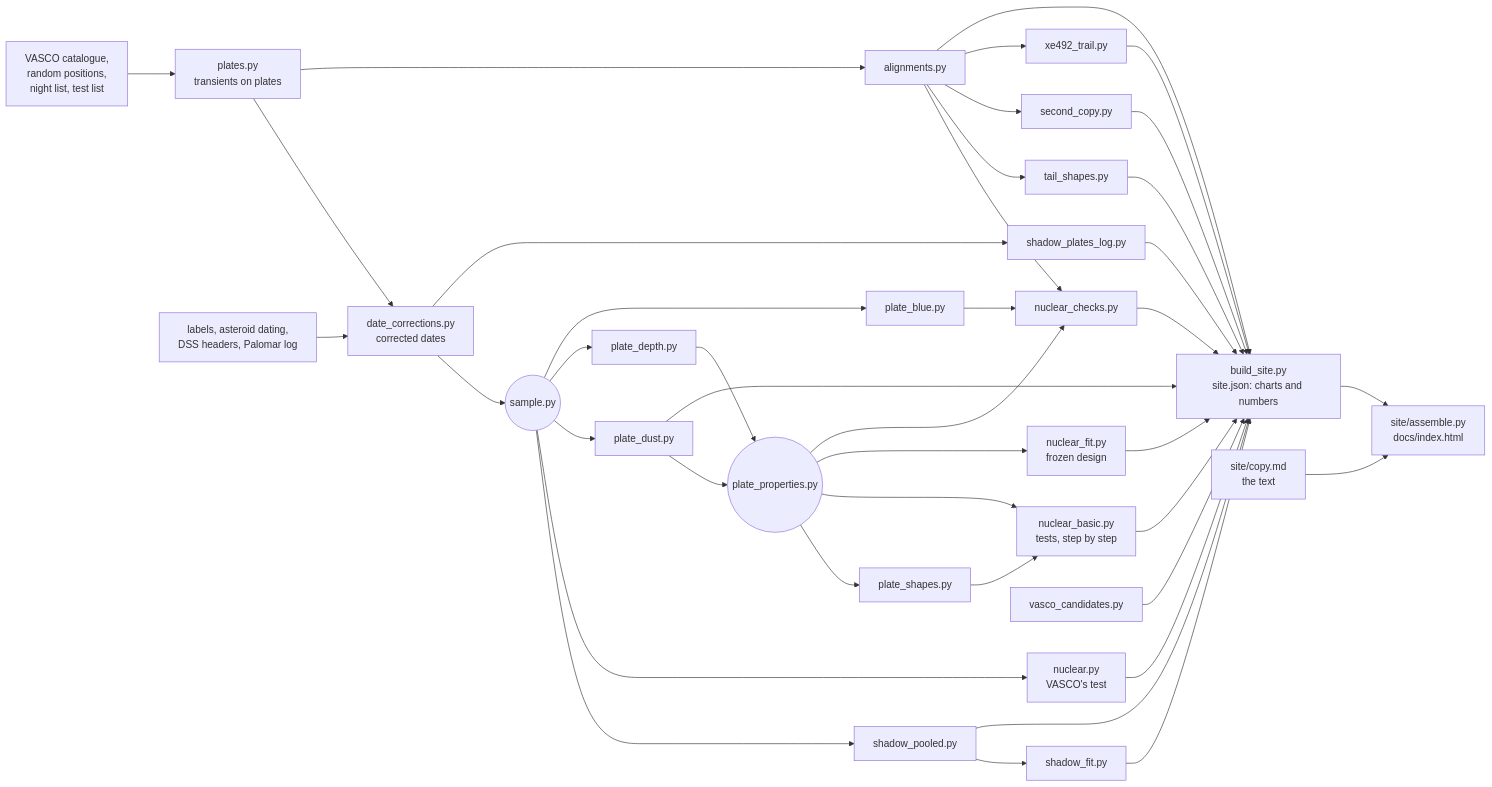
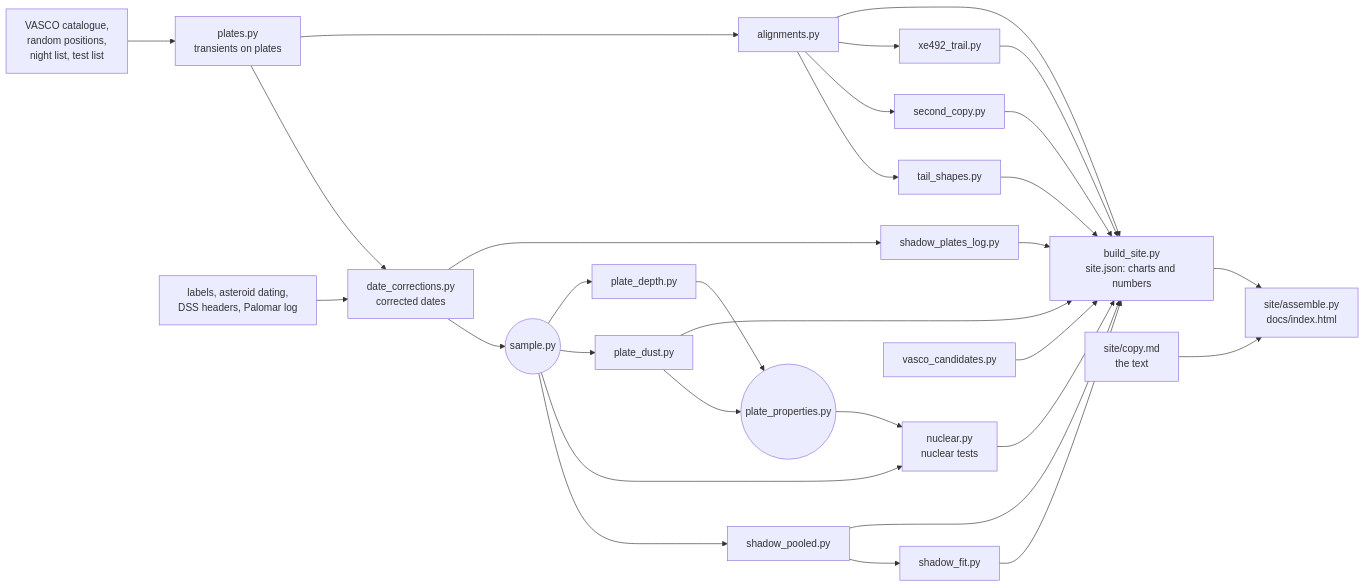
The diagram in README.md (donalhill/poss-transients), drawn with Mermaid before and after one commit. The commit also changed other lines of this file and 21 other files, not shown here.

Commit message:
Pipeline cleanup: remove the nuclear analyses no longer on the page, unused numbers, chart data and image; typed-in numbers now from the pipeline

````diff
--- a/README.md
+++ b/README.md
@@ -23,21 +23,18 @@
 ```mermaid
 flowchart LR
   ext[VASCO catalogue,<br>random positions,<br>night list, test list] --> plates[plates.py<br>transients on plates]
   plates --> dates[date_corrections.py<br>corrected dates]
   evidence[labels, asteroid dating,<br>DSS headers, Palomar log] --> dates
   dates --> sample((sample.py))
   sample --> pooled[shadow_pooled.py] --> fit[shadow_fit.py]
-  sample --> nuclear[nuclear.py<br>VASCO's test]
-  sample --> dust[plate_dust.py] & depth[plate_depth.py] & blue[plate_blue.py]
+  sample --> nuclear[nuclear.py<br>nuclear tests]
+  sample --> dust[plate_dust.py] & depth[plate_depth.py]
   dust & depth --> props((plate_properties.py))
-  props --> pshapes[plate_shapes.py]
-  props & pshapes --> nbasic[nuclear_basic.py<br>tests, step by step]
-  props --> nfit[nuclear_fit.py<br>frozen design]
-  props & blue & align --> nchecks[nuclear_checks.py]
+  props --> nuclear
   dates --> south[shadow_plates_log.py]
   plates --> align[alignments.py] --> shapes[tail_shapes.py] & second[second_copy.py] & trail[xe492_trail.py]
   cands[vasco_candidates.py]
-  pooled & fit & nuclear & nbasic & nfit & nchecks & dust & south & align & shapes & second & trail & cands --> site[build_site.py<br>site.json: charts and numbers]
+  pooled & fit & nuclear & dust & south & align & shapes & second & trail & cands --> site[build_site.py<br>site.json: charts and numbers]
   site --> page[site/assemble.py<br>docs/index.html]
   copy[site/copy.md<br>the text] --> page
 ```
````
